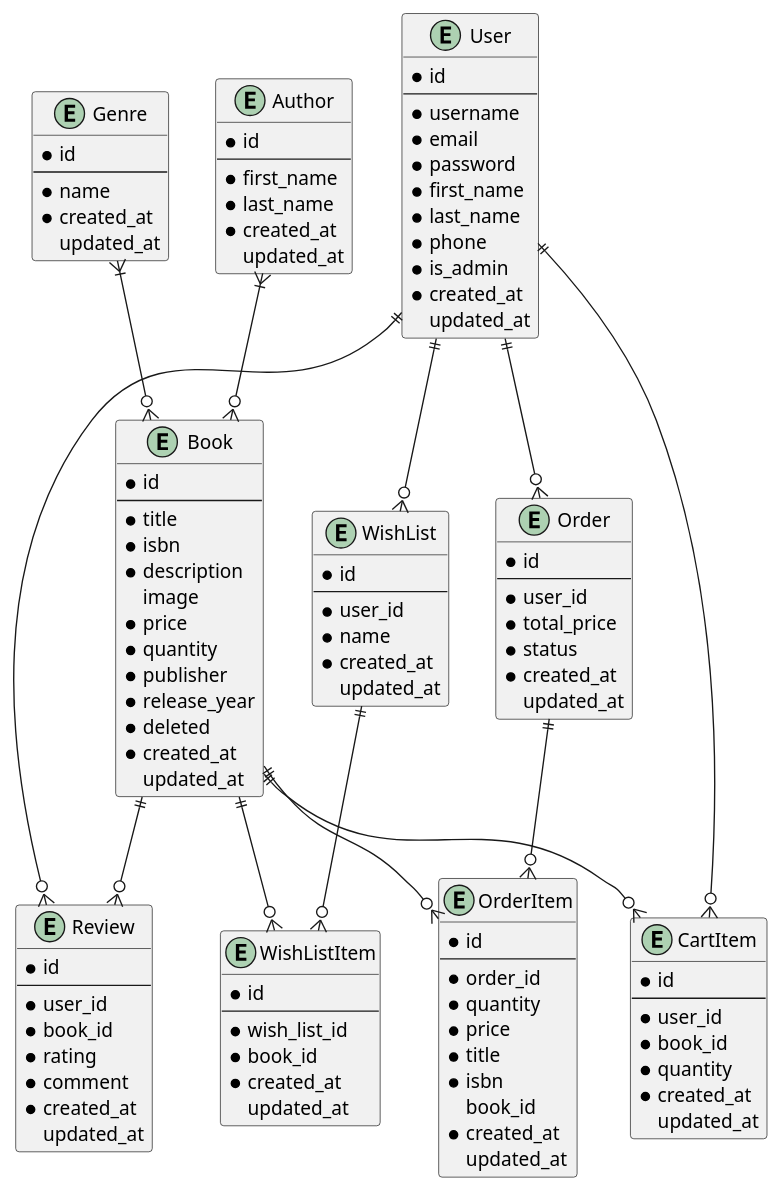
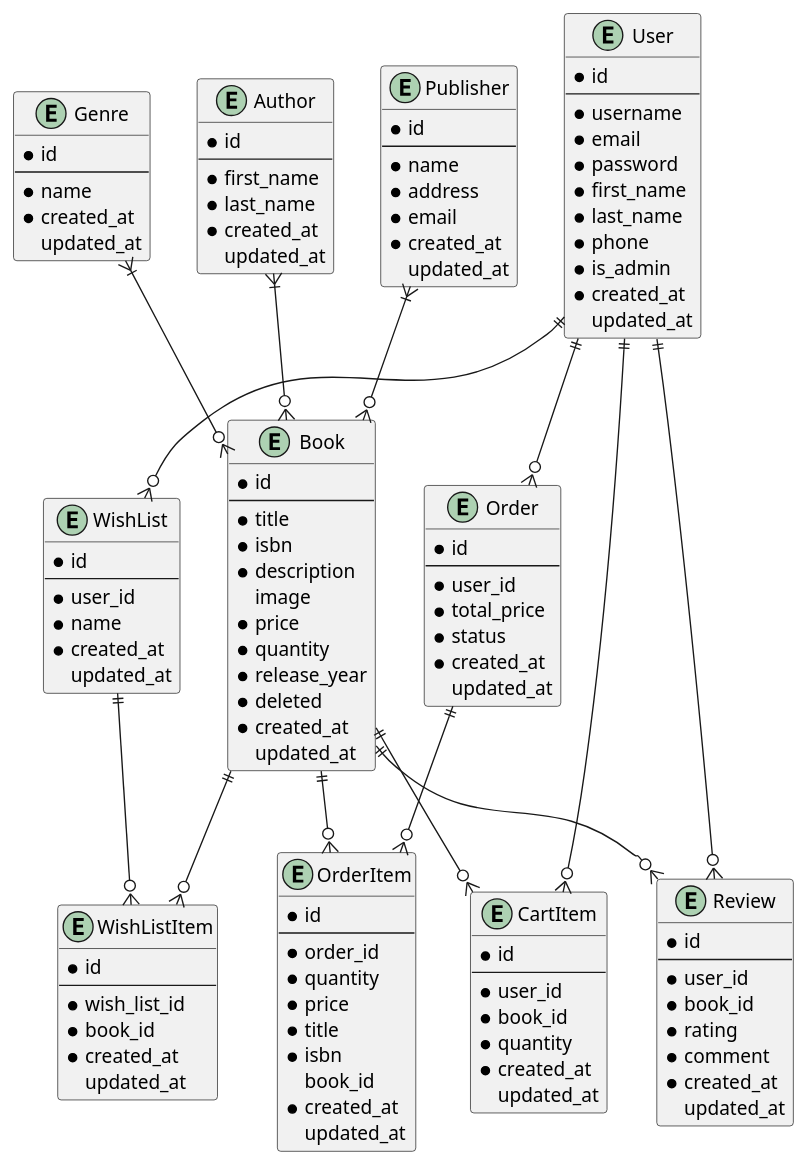
Before and after one commit to kacvinsky-tom/BookHub: the diagram in Diagrams/ERD.puml, drawn with PlantUML. The commit also changed 21 other files, not shown here.

```diff
--- a/Diagrams/ERD.puml
+++ b/Diagrams/ERD.puml
@@ -1,125 +1,133 @@
 @startuml
-
 entity User {
     *id
     --
     *username
     *email
     *password
     *first_name
     *last_name
     *phone
     *is_admin
     *created_at
     updated_at
 }
 
 entity Book {
     *id
     --
     *title
     *isbn
     *description
     image
     *price
     *quantity
-    *publisher
     *release_year
     *deleted
     *created_at
     updated_at
 }
 
 entity Genre {
     *id
     --
     *name
     *created_at
     updated_at
 }
 
 entity Author {
     *id
     --
     *first_name
     *last_name
+    *created_at
+    updated_at
+}
+
+entity Publisher {
+    *id
+    --
+    *name
+    *address
+    *email
     *created_at
     updated_at
 }
 
 entity Order {
     *id
     --
     *user_id
     *total_price
     *status
     *created_at
     updated_at
 }
 
 entity OrderItem {
     *id
     --
     *order_id
     *quantity
     *price
     *title
     *isbn
     book_id
     *created_at
     updated_at
 }
 
 entity CartItem {
     *id
     --
     *user_id
     *book_id
     *quantity
     *created_at
     updated_at
 }
 
 entity Review {
     *id
     --
     *user_id
     *book_id
     *rating
     *comment
     *created_at
     updated_at
 }
 
 entity WishList {
     *id
     --
     *user_id
     *name
     *created_at
     updated_at
 }
 
 entity WishListItem {
     *id
     --
     *wish_list_id
     *book_id
     *created_at
     updated_at
 }
 
 User ||--o{ Order
 Order ||--o{ OrderItem
 User ||--o{ CartItem
 Book ||--o{ CartItem
 User ||--o{ Review
 Book ||--o{ Review
 User ||--o{ WishList
 WishList ||--o{ WishListItem
 Book ||--o{ WishListItem
 Book ||--o{ OrderItem
 Author }|--o{ Book
+Publisher }|--o{ Book
 Genre }|--o{ Book
-
 @enduml
```
